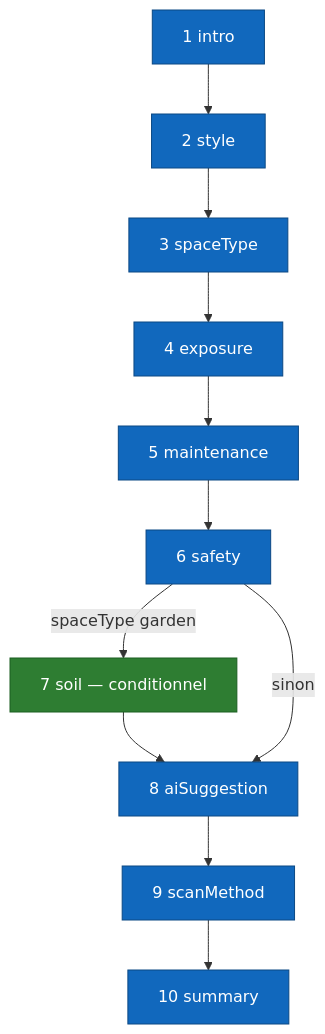
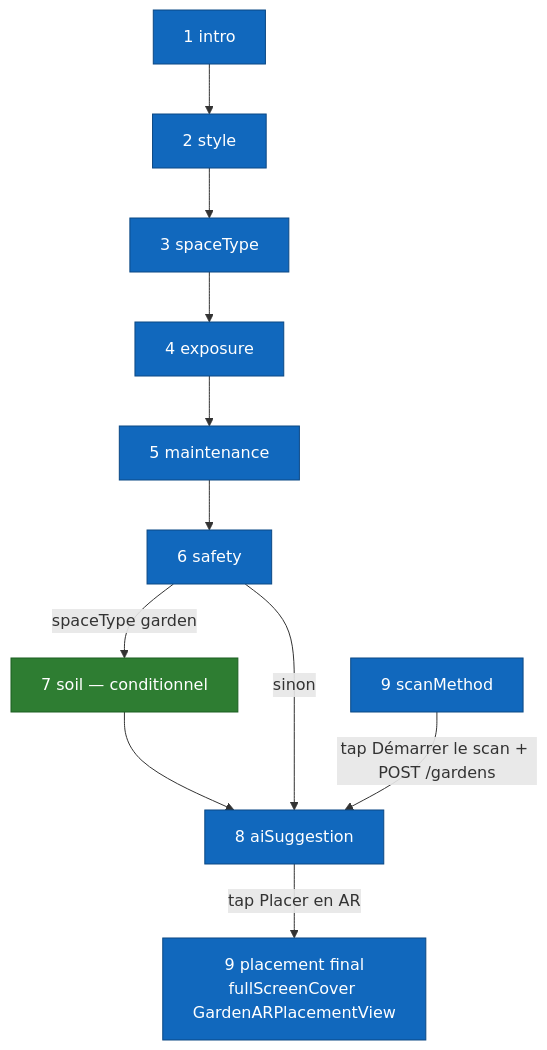
Before and after one commit to ArboreTeam/Arbore: the diagram in docs/screens/questionnaire-wizard.md, drawn with Mermaid. The commit also changed other lines of this file and 8 other files, not shown here.

First line of the commit message:
feat(wizard): trace step 8, AI suggestions step 9, garden saved mid-wizard

````diff
--- a/docs/screens/questionnaire-wizard.md
+++ b/docs/screens/questionnaire-wizard.md
@@ -29,24 +29,25 @@
 ```mermaid
 flowchart TB
     intro[1 intro]
     style_step[2 style]
     spaceType[3 spaceType]
     exposure[4 exposure]
     maintenance[5 maintenance]
     safety[6 safety]
     soil[7 soil — conditionnel]
     ai[8 aiSuggestion]
     scan[9 scanMethod]
-    summary[10 summary]
+    placement[9 placement final<br/>fullScreenCover GardenARPlacementView]
 
     intro --> style_step --> spaceType
     spaceType --> exposure --> maintenance --> safety
     safety -->|spaceType garden| soil --> ai
     safety -->|sinon| ai
-    ai --> scan --> summary
+    scan -->|tap Démarrer le scan + POST /gardens| ai
+    ai -->|tap Placer en AR| placement
 
     classDef step fill:#1168BD,stroke:#0B4884,color:#fff
     classDef cond fill:#2E7D32,stroke:#1B5E20,color:#fff
-    class intro,style_step,spaceType,exposure,maintenance,safety,ai,scan,summary step
+    class intro,style_step,spaceType,exposure,maintenance,safety,ai,scan,placement step
     class soil cond
 ```
````
